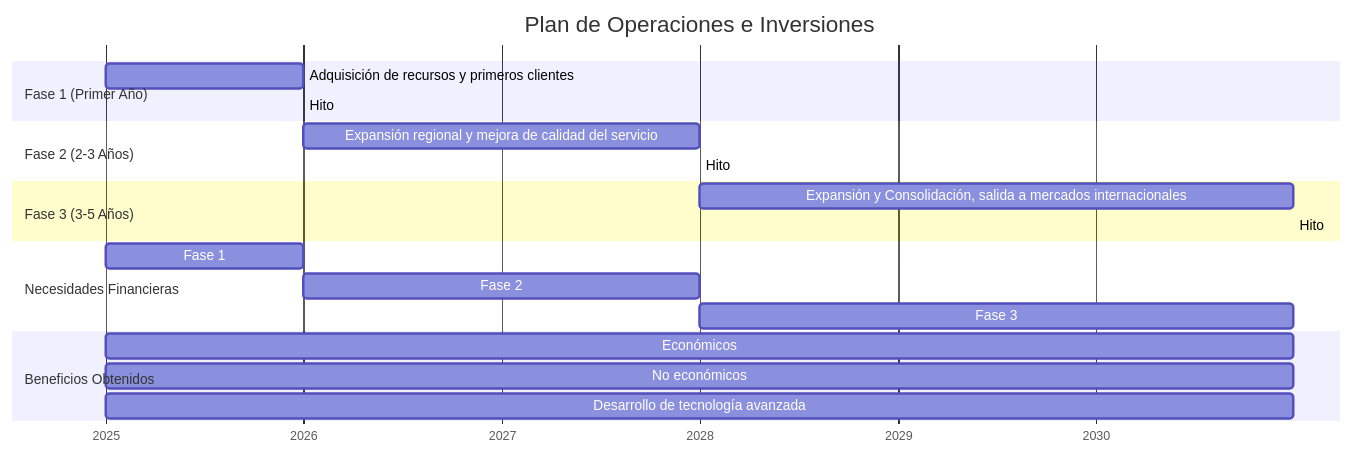
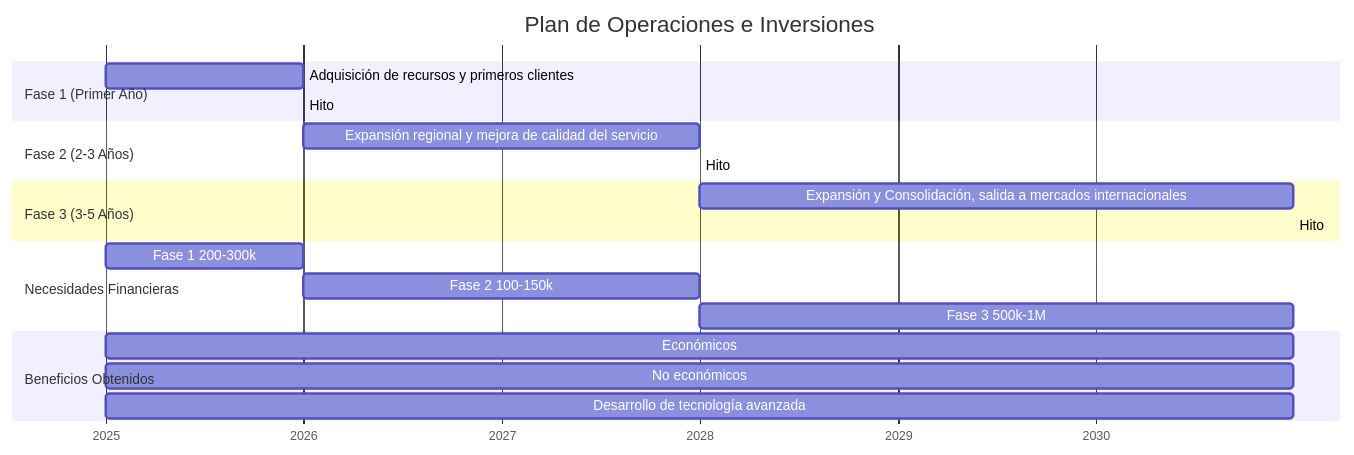
One commit to rubenvmu/loghid changed the ninth of 9 diagrams in README.md. Above: the diagram before and after it, drawn with Mermaid.

````diff
--- a/README.md
+++ b/README.md
@@ -501,28 +501,28 @@
 ```mermaid
 gantt
     title Plan de Operaciones e Inversiones
     dateFormat  YYYY-MM-DD
     axisFormat  %Y
 
     section Fase 1 (Primer Año)
     Adquisición de recursos y primeros clientes       :a1, 2025-01-01, 2025-12-31
     Hito: Captación de al menos 2-3 contratos iniciales :milestone, 2025-12-31, 0d
 
     section Fase 2 (2-3 Años)
     Expansión regional y mejora de calidad del servicio :a2, 2026-01-01, 2027-12-31
     Hito: Generación de ingresos recurrentes y consolidación en el Valle del Ébro :milestone, 2027-12-31, 0d
 
     section Fase 3 (3-5 Años)
     Expansión y Consolidación, salida a mercados internacionales :a3, 2028-01-01, 2030-12-31
     Hito: Contratos internacionales y consolidación del flujo de ingresos estable :milestone, 2030-12-31, 0d
 
     section Necesidades Financieras
-    Fase 1: 200-300k € :a4, 2025-01-01, 2025-12-31
-    Fase 2: 100-150k € :a5, 2026-01-01, 2027-12-31
-    Fase 3: 500k-1M € :a6, 2028-01-01, 2030-12-31
+    Fase 1 200-300k: 200-300k € :a4, 2025-01-01, 2025-12-31
+    Fase 2 100-150k: 100-150k € :a5, 2026-01-01, 2027-12-31
+    Fase 3 500k-1M: 500k-1M € :a6, 2028-01-01, 2030-12-31
 
     section Beneficios Obtenidos
     Económicos: Flujo recurrente de ingresos :a7, 2025-01-01, 2030-12-31
     No económicos: Reducción de la huella de carbono :a8, 2025-01-01, 2030-12-31
     Desarrollo de tecnología avanzada :a9, 2025-01-01, 2030-12-31
 ```
````
